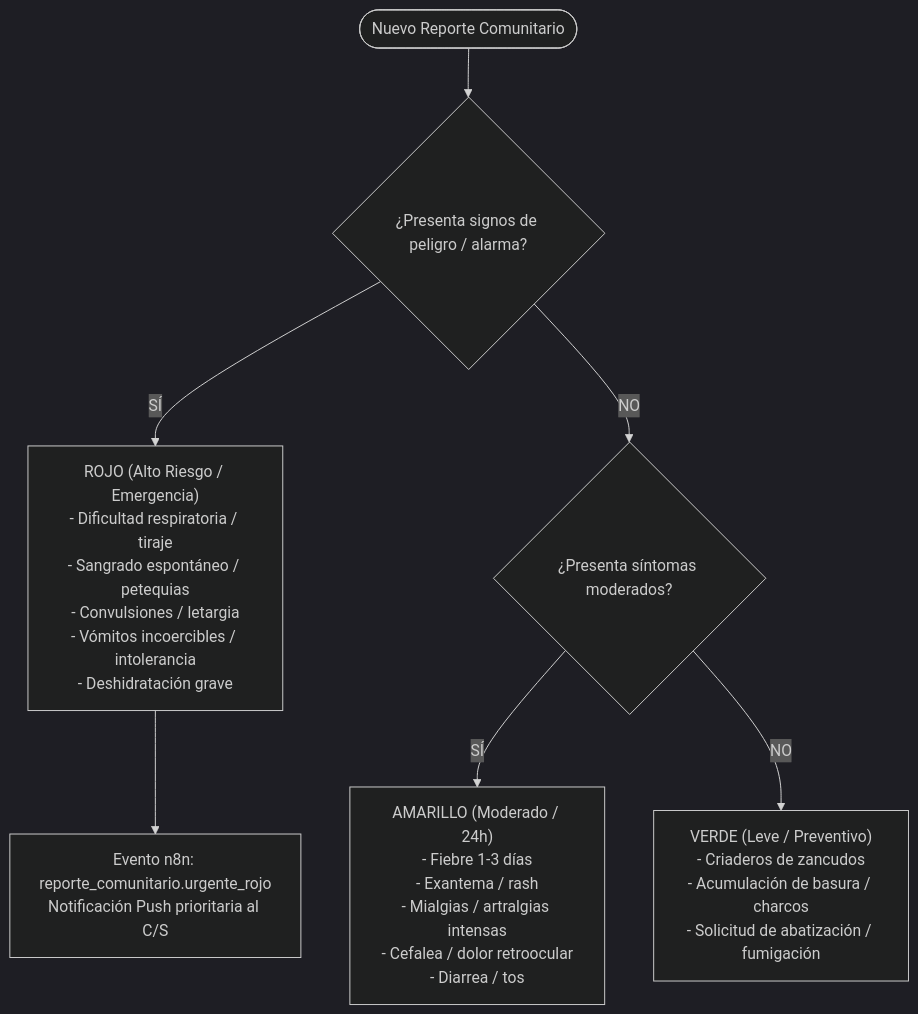
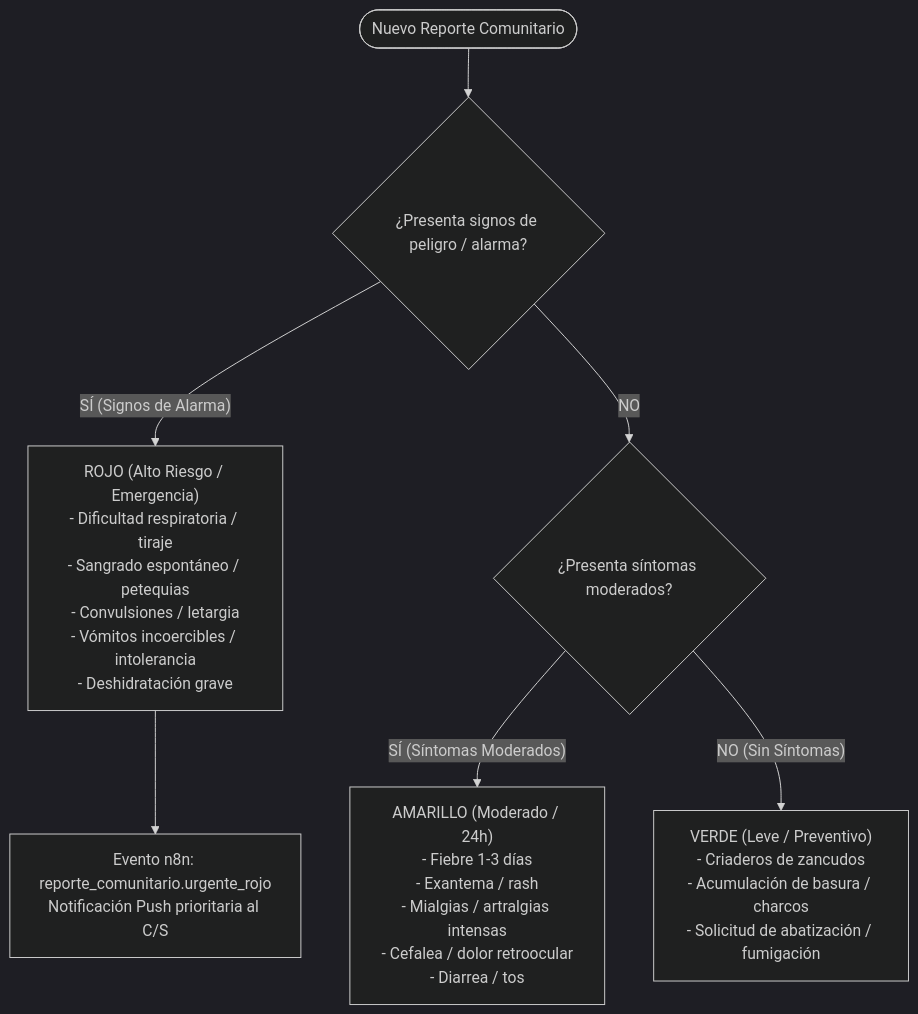
The second of 2 diagrams in docs/ROLES_CONFANZA_Y_TRIAJE_CCM.md (Ramon-Lop-Dev/Biomark-AI), drawn with Mermaid (dark theme) before and after one commit. The commit also changed other lines of this file and 1 other file, not shown here.

Commit message:
docs: corregir sintaxis mermaid y ampliar explicacion clara de roles en readme

````diff
--- a/docs/ROLES_CONFANZA_Y_TRIAJE_CCM.md
+++ b/docs/ROLES_CONFANZA_Y_TRIAJE_CCM.md
@@ -151,10 +161,10 @@
 ```mermaid
 flowchart TD
   Inicio(["Nuevo Reporte Comunitario"]) --> ChequeoSignos{"¿Presenta signos de peligro / alarma?"}
-  ChequeoSignos -- SÍ --> ROJO["ROJO (Alto Riesgo / Emergencia)<br/>- Dificultad respiratoria / tiraje<br/>- Sangrado espontáneo / petequias<br/>- Convulsiones / letargia<br/>- Vómitos incoercibles / intolerancia<br/>- Deshidratación grave"]
-  ChequeoSignos -- NO --> ChequeoModerado{"¿Presenta síntomas moderados?"}
-  ChequeoModerado -- SÍ --> AMARILLO["AMARILLO (Moderado / 24h)<br/>- Fiebre 1-3 días<br/>- Exantema / rash<br/>- Mialgias / artralgias intensas<br/>- Cefalea / dolor retroocular<br/>- Diarrea / tos"]
-  ChequeoModerado -- NO --> VERDE["VERDE (Leve / Preventivo)<br/>- Criaderos de zancudos<br/>- Acumulación de basura / charcos<br/>- Solicitud de abatización / fumigación"]
+  ChequeoSignos -->|"SÍ (Signos de Alarma)"| ROJO["ROJO (Alto Riesgo / Emergencia)<br/>- Dificultad respiratoria / tiraje<br/>- Sangrado espontáneo / petequias<br/>- Convulsiones / letargia<br/>- Vómitos incoercibles / intolerancia<br/>- Deshidratación grave"]
+  ChequeoSignos -->|"NO"| ChequeoModerado{"¿Presenta síntomas moderados?"}
+  ChequeoModerado -->|"SÍ (Síntomas Moderados)"| AMARILLO["AMARILLO (Moderado / 24h)<br/>- Fiebre 1-3 días<br/>- Exantema / rash<br/>- Mialgias / artralgias intensas<br/>- Cefalea / dolor retroocular<br/>- Diarrea / tos"]
+  ChequeoModerado -->|"NO (Sin Síntomas)"| VERDE["VERDE (Leve / Preventivo)<br/>- Criaderos de zancudos<br/>- Acumulación de basura / charcos<br/>- Solicitud de abatización / fumigación"]
 
   ROJO --> AlertaPrioritaria["Evento n8n: reporte_comunitario.urgente_rojo<br/>Notificación Push prioritaria al C/S"]
 ```
````
